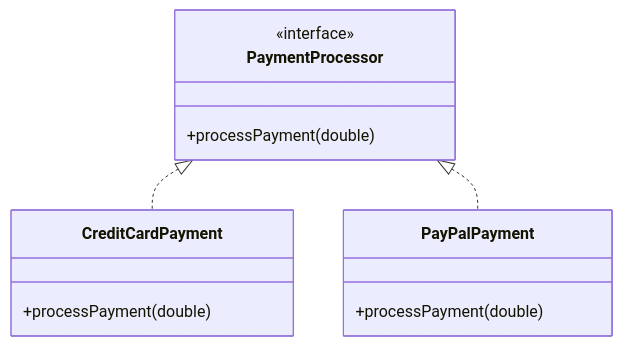
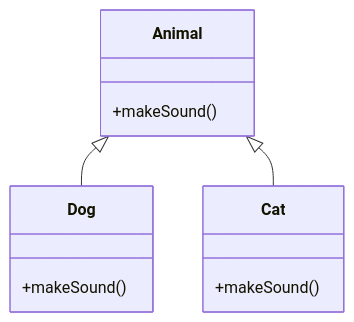
The fourth of 4 diagrams in README.md (DanielCreggOrganization/w10-lab-polymorphism-danielcregg), drawn with Mermaid before and after one commit. The commit also changed other lines of this file, not shown here.

````diff
--- a/README.md
+++ b/README.md
@@ -228,15 +197,14 @@
 ```mermaid
 classDiagram
-    PaymentProcessor <|.. CreditCardPayment
-    PaymentProcessor <|.. PayPalPayment
-    class PaymentProcessor{
-        <<interface>>
-        +processPayment(double)
+    Animal <|-- Dog
+    Animal <|-- Cat
+    class Animal{
+        +makeSound()
     }
-    class CreditCardPayment{
-        +processPayment(double)
+    class Dog{
+        +makeSound()
     }
-    class PayPalPayment{
-        +processPayment(double)
+    class Cat{
+        +makeSound()
     }
 ```
````
